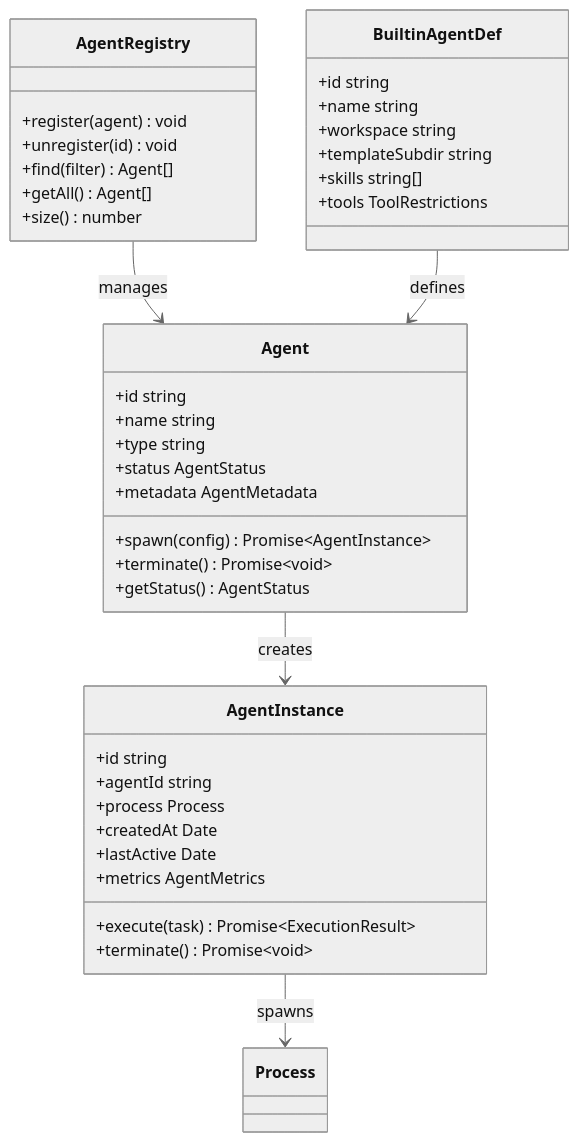
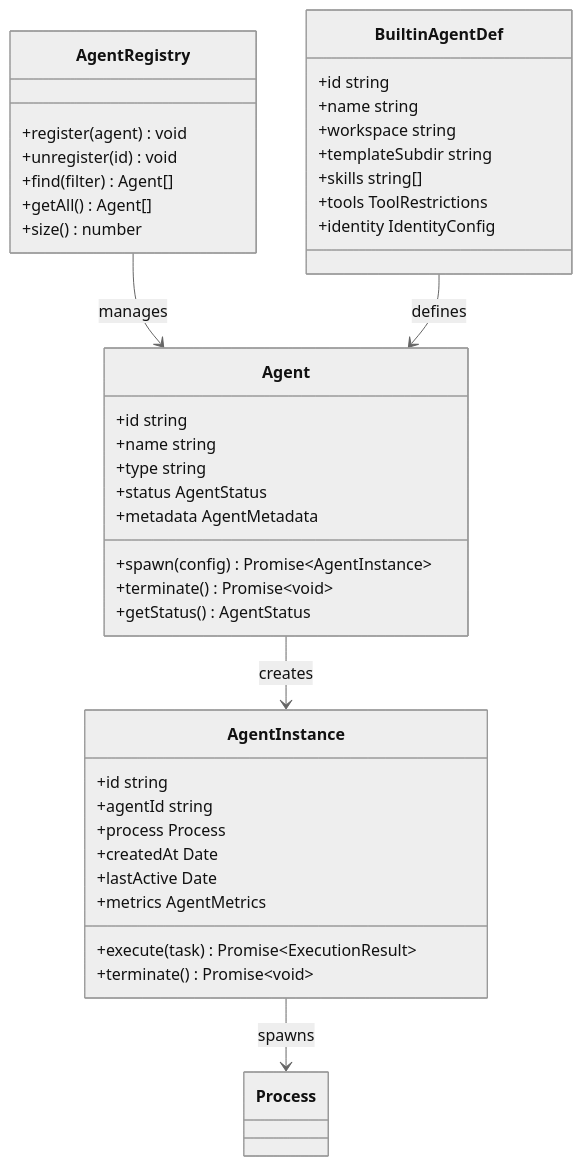
The second of 15 diagrams in .qoder/repowiki/zh/content/Builtin Agents System.md (verse-ai-org/openclaw), drawn with Mermaid (neutral theme) before and after one commit. The commit also changed other lines of this file and 55 other files, not shown here.

````diff
--- a/.qoder/repowiki/zh/content/Builtin Agents System.md
+++ b/.qoder/repowiki/zh/content/Builtin Agents System.md
@@ -109,42 +137,43 @@
 ```mermaid
 classDiagram
 class AgentRegistry {
 +register(agent) void
 +unregister(id) void
 +find(filter) Agent[]
 +getAll() Agent[]
 +size() number
 }
 class Agent {
 +id string
 +name string
 +type string
 +status AgentStatus
 +metadata AgentMetadata
 +spawn(config) Promise~AgentInstance~
 +terminate() Promise~void~
 +getStatus() AgentStatus
 }
 class AgentInstance {
 +id string
 +agentId string
 +process Process
 +createdAt Date
 +lastActive Date
 +metrics AgentMetrics
 +execute(task) Promise~ExecutionResult~
 +terminate() Promise~void~
 }
 class BuiltinAgentDef {
 +id string
 +name string
 +workspace string
 +templateSubdir string
 +skills string[]
 +tools ToolRestrictions
++identity IdentityConfig
 }
 AgentRegistry --> Agent : manages
 Agent --> AgentInstance : creates
 AgentInstance --> Process : spawns
 BuiltinAgentDef --> Agent : defines
 ```
````
